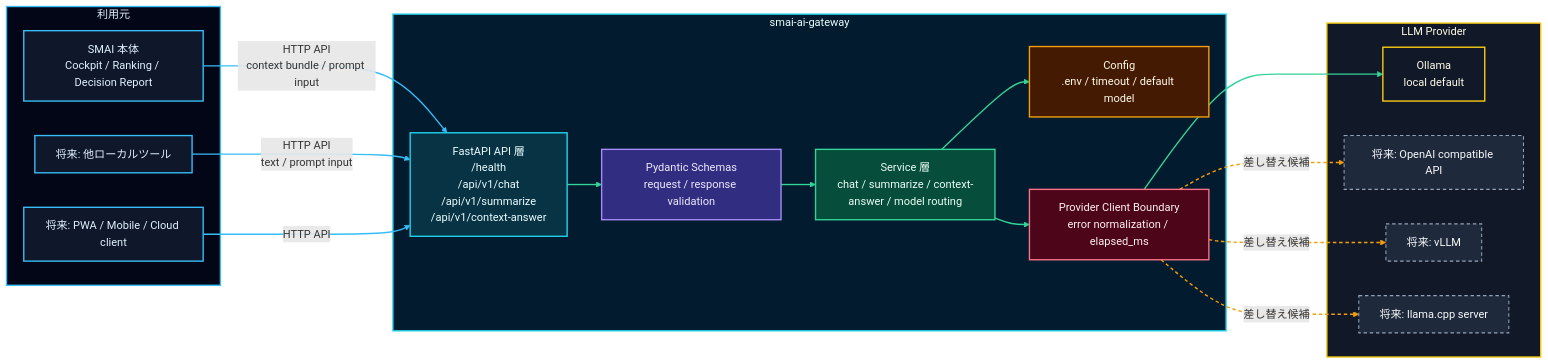
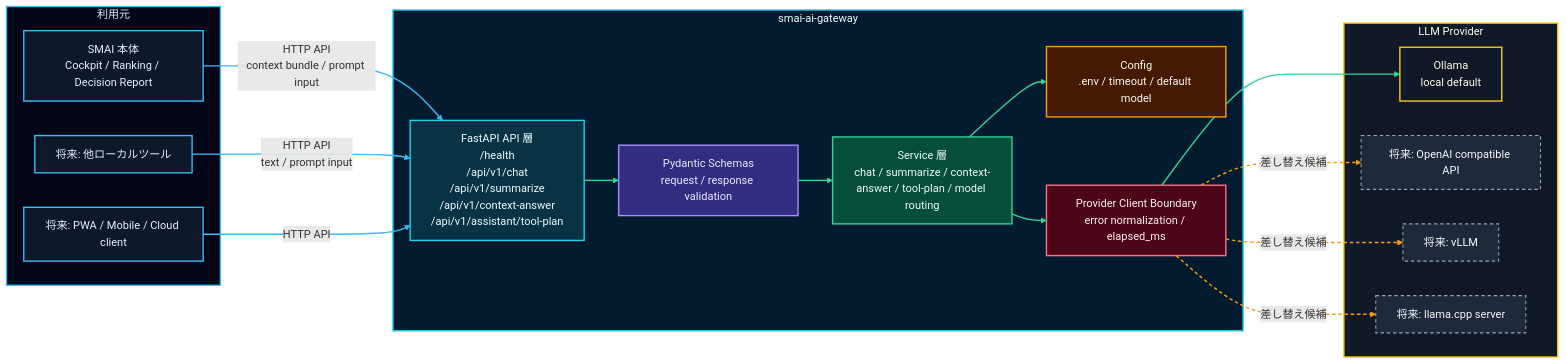
The diagram in smai-ai-gateway/README.md (yuki-godzilla/Smart_Market_AI), drawn with Mermaid before and after one commit. The commit also changed other lines of this file and 32 other files, not shown here.

Commit message:
Add optional assistant LLM tool planner

````diff
--- a/smai-ai-gateway/README.md
+++ b/smai-ai-gateway/README.md
@@ -37,62 +38,62 @@
 ```mermaid
 flowchart LR
   subgraph clients["利用元"]
     smai["SMAI 本体<br/>Cockpit / Ranking / Decision Report"]
     localtools["将来: 他ローカルツール"]
     future["将来: PWA / Mobile / Cloud client"]
   end
 
   subgraph gateway["smai-ai-gateway"]
-    api["FastAPI API 層<br/>/health<br/>/api/v1/chat<br/>/api/v1/summarize<br/>/api/v1/context-answer"]
+    api["FastAPI API 層<br/>/health<br/>/api/v1/chat<br/>/api/v1/summarize<br/>/api/v1/context-answer<br/>/api/v1/assistant/tool-plan"]
     schemas["Pydantic Schemas<br/>request / response validation"]
-    services["Service 層<br/>chat / summarize / context-answer / model routing"]
+    services["Service 層<br/>chat / summarize / context-answer / tool-plan / model routing"]
     config["Config<br/>.env / timeout / default model"]
     provider["Provider Client Boundary<br/>error normalization / elapsed_ms"]
   end
 
   subgraph providers["LLM Provider"]
     ollama["Ollama<br/>local default"]
     openai["将来: OpenAI compatible API"]
     vllm["将来: vLLM"]
     llamacpp["将来: llama.cpp server"]
   end
 
   smai -- "HTTP API<br/>context bundle / prompt input" --> api
   localtools -- "HTTP API<br/>text / prompt input" --> api
   future -- "HTTP API" --> api
 
   api --> schemas
   schemas --> services
   services --> config
   services --> provider
   provider --> ollama
   provider -. "差し替え候補" .-> openai
   provider -. "差し替え候補" .-> vllm
   provider -. "差し替え候補" .-> llamacpp
 
   classDef client fill:#0f172a,stroke:#38bdf8,color:#e0f2fe,stroke-width:2px;
   classDef api fill:#083344,stroke:#22d3ee,color:#ecfeff,stroke-width:2px;
   classDef schema fill:#312e81,stroke:#a78bfa,color:#ede9fe,stroke-width:2px;
   classDef service fill:#064e3b,stroke:#34d399,color:#ecfdf5,stroke-width:2px;
   classDef config fill:#451a03,stroke:#f59e0b,color:#fffbeb,stroke-width:2px;
   classDef boundary fill:#4c0519,stroke:#fb7185,color:#fff1f2,stroke-width:2px;
   classDef provider fill:#111827,stroke:#facc15,color:#fefce8,stroke-width:2px;
   classDef futureProvider fill:#1e293b,stroke:#94a3b8,color:#f8fafc,stroke-width:1.5px,stroke-dasharray: 5 4;
 
   class smai,localtools,future client;
   class api api;
   class schemas schema;
   class services service;
   class config config;
   class provider boundary;
   class ollama provider;
   class openai,vllm,llamacpp futureProvider;
 
   style clients fill:#020617,stroke:#38bdf8,stroke-width:2px,color:#e0f2fe;
   style gateway fill:#031b2e,stroke:#22d3ee,stroke-width:2px,color:#ecfeff;
   style providers fill:#111827,stroke:#facc15,stroke-width:2px,color:#fefce8;
 
   linkStyle 0,1,2 stroke:#38bdf8,stroke-width:2px;
   linkStyle 3,4,5,6,7 stroke:#34d399,stroke-width:2px;
   linkStyle 8,9,10 stroke:#f59e0b,stroke-width:2px,stroke-dasharray: 5 4;
 ```
````
